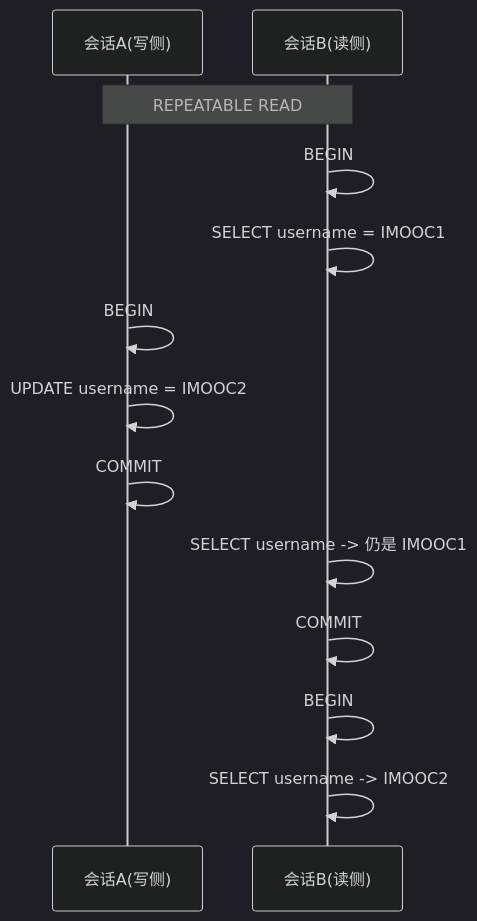
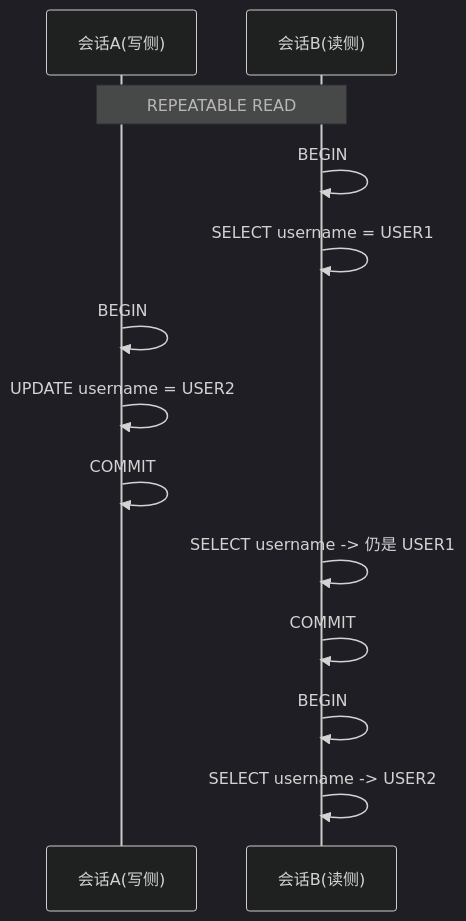
The diagram in work/target/storage/3-4_双会话实测四种事务隔离级别.md (Ny-Open-Projects/web-x-blog), drawn with Mermaid (dark theme) before and after one commit. The commit also changed other lines of this file and 653 other files, not shown here.

````diff
--- a/work/target/storage/3-4_双会话实测四种事务隔离级别.md
+++ b/work/target/storage/3-4_双会话实测四种事务隔离级别.md
@@ -162,15 +155,15 @@
 ```mermaid
 sequenceDiagram
     participant A as 会话A(写侧)
     participant B as 会话B(读侧)
     Note over A,B: REPEATABLE READ
     B->>B: BEGIN
-    B->>B: SELECT username = IMOOC1
+    B->>B: SELECT username = USER1
     A->>A: BEGIN
-    A->>A: UPDATE username = IMOOC2
+    A->>A: UPDATE username = USER2
     A->>A: COMMIT
-    B->>B: SELECT username  -> 仍是 IMOOC1
+    B->>B: SELECT username  -> 仍是 USER1
     B->>B: COMMIT
     B->>B: BEGIN
-    B->>B: SELECT username -> IMOOC2
+    B->>B: SELECT username -> USER2
 ```
````
